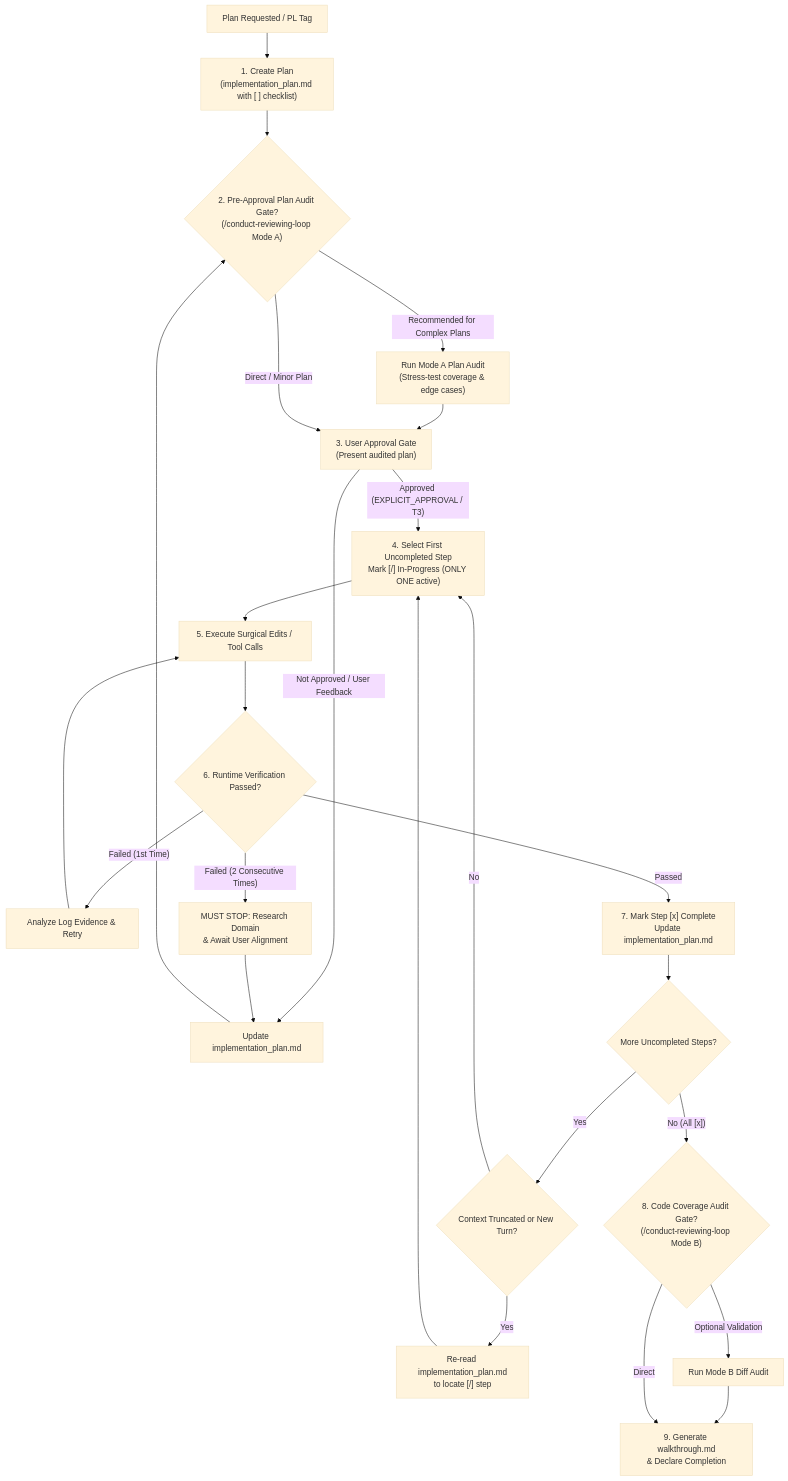
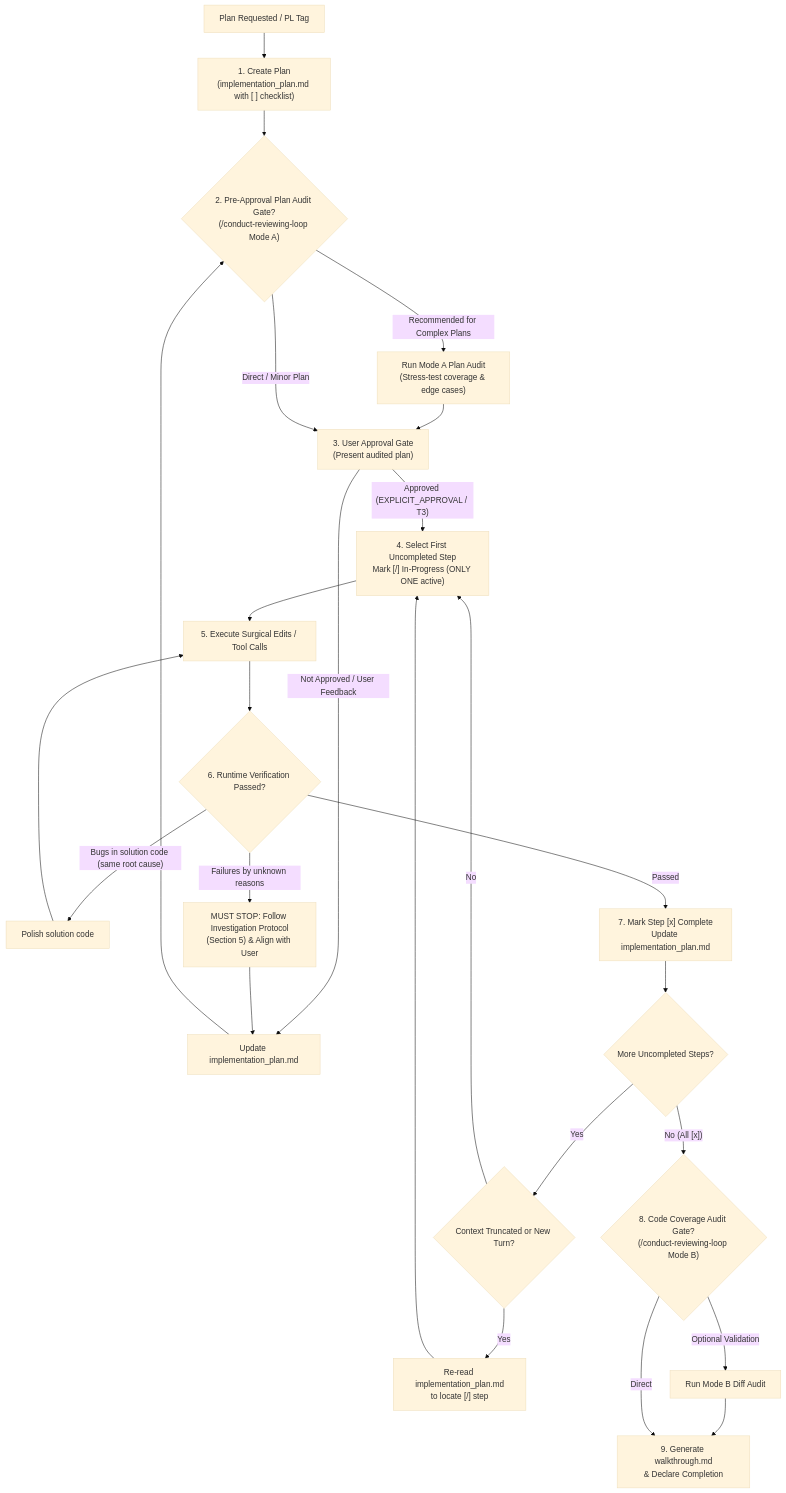
The third of 9 diagrams in gemini/AGENTS.md (loerei/myskills), drawn with Mermaid (base theme) before and after one commit. The commit also changed 1 other file, not shown here.

Commit message:
docs(policy): update Section 2 Mermaid flowchart error recovery branches to match Section 5

````diff
--- a/gemini/AGENTS.md
+++ b/gemini/AGENTS.md
@@ -92,31 +92,31 @@
 ```mermaid
 flowchart TD
     Start["Plan Requested / PL Tag"] --> CreatePlan["1. Create Plan<br/>(implementation_plan.md with [ ] checklist)"]
     CreatePlan --> ModeAOption{"2. Pre-Approval Plan Audit Gate?<br/>(/conduct-reviewing-loop Mode A)"}
     
     ModeAOption -->|"Recommended for Complex Plans"| RunModeA["Run Mode A Plan Audit<br/>(Stress-test coverage & edge cases)"]
     RunModeA --> UserGate["3. User Approval Gate<br/>(Present audited plan)"]
     
     ModeAOption -->|"Direct / Minor Plan"| UserGate
     
     UserGate -->|"Not Approved / User Feedback"| RefinePlanDoc["Update implementation_plan.md"] --> ModeAOption
     
     UserGate -->|"Approved (EXPLICIT_APPROVAL / T3)"| SelectStep["4. Select First Uncompleted Step<br/>Mark [/] In-Progress (ONLY ONE active)"]
     
     SelectStep --> ExecuteStep["5. Execute Surgical Edits / Tool Calls"]
     ExecuteStep --> VerifyStep{"6. Runtime Verification Passed?"}
     
-    VerifyStep -->|"Failed (1st Time)"| AnalyzeLog["Analyze Log Evidence & Retry"] --> ExecuteStep
-    VerifyStep -->|"Failed (2 Consecutive Times)"| MustStop["MUST STOP: Research Domain<br/>& Await User Alignment"] --> RefinePlanDoc
+    VerifyStep -->|"Bugs in solution code (same root cause)"| PolishCode["Polish solution code"] --> ExecuteStep
+    VerifyStep -->|"Failures by unknown reasons"| MustStop["MUST STOP: Follow Investigation Protocol<br/>(Section 5) & Align with User"] --> RefinePlanDoc
     
     VerifyStep -->|"Passed"| MarkComplete["7. Mark Step [x] Complete<br/>Update implementation_plan.md"]
     
     MarkComplete --> CheckRemaining{"More Uncompleted Steps?"}
     CheckRemaining -->|"Yes"| ContextCheck{"Context Truncated or New Turn?"}
     ContextCheck -->|"Yes"| ReadPlan["Re-read implementation_plan.md<br/>to locate [/] step"] --> SelectStep
     ContextCheck -->|"No"| SelectStep
     
     CheckRemaining -->|"No (All [x])"| ModeBCheck{"8. Code Coverage Audit Gate?<br/>(/conduct-reviewing-loop Mode B)"}
     ModeBCheck -->|"Optional Validation"| RunModeB["Run Mode B Diff Audit"] --> FinalWalkthrough["9. Generate walkthrough.md<br/>& Declare Completion"]
     ModeBCheck -->|"Direct"| FinalWalkthrough
 ```
````
